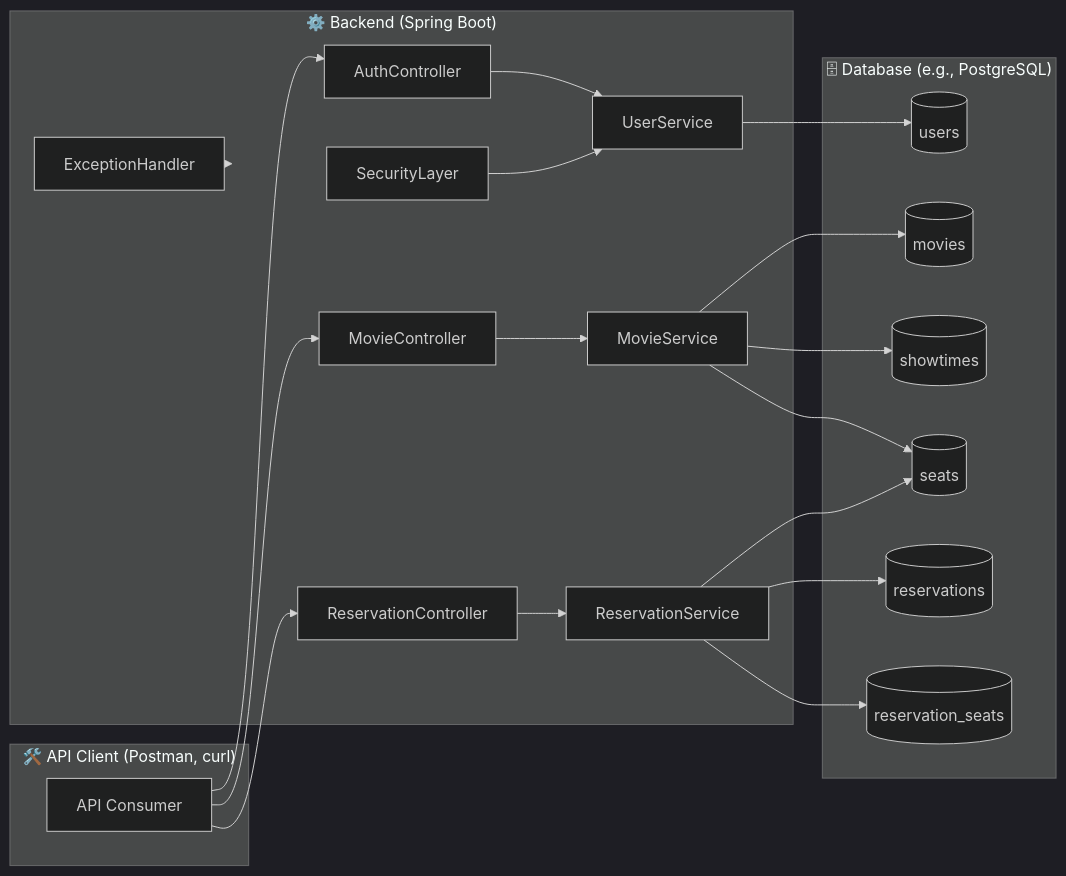
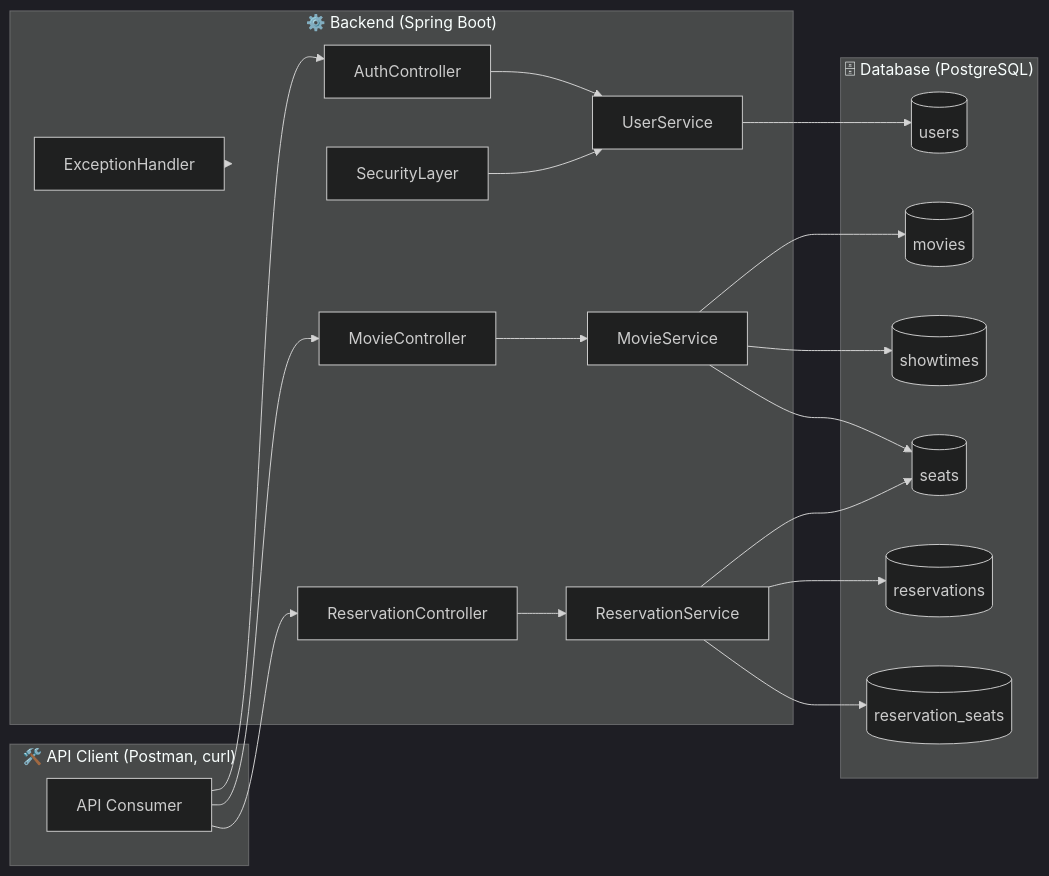
The first of 3 diagrams in README.md (parthibCsaha/MovieReservation-System), drawn with Mermaid (dark theme) before and after one commit. The commit also changed other lines of this file, not shown here.

````diff
--- a/README.md
+++ b/README.md
@@ -28,39 +29,39 @@
 ```mermaid
 flowchart LR
     subgraph Client["🛠️ API Client (Postman, curl)"]
         APIClient["API Consumer"]
     end
     subgraph Server["⚙️ Backend (Spring Boot)"]
         AuthController
         MovieController
         ReservationController
         UserService
         MovieService
         ReservationService
         SecurityLayer
         ExceptionHandler
     end
-    subgraph DB["🗄 Database (e.g., PostgreSQL)"]
+    subgraph DB["🗄 Database (PostgreSQL)"]
         UserTable[(users)]
         MovieTable[(movies)]
         ShowtimeTable[(showtimes)]
         SeatTable[(seats)]
         ReservationTable[(reservations)]
         ReservationSeatTable[(reservation_seats)]
     end
     APIClient --> AuthController
     APIClient --> MovieController
     APIClient --> ReservationController
     AuthController --> UserService
     MovieController --> MovieService
     ReservationController --> ReservationService
     UserService --> UserTable
     MovieService --> MovieTable
     MovieService --> ShowtimeTable
     MovieService --> SeatTable
     ReservationService --> ReservationTable
     ReservationService --> ReservationSeatTable
     ReservationService --> SeatTable
     SecurityLayer --> UserService
     ExceptionHandler --> Server
 ```
````
